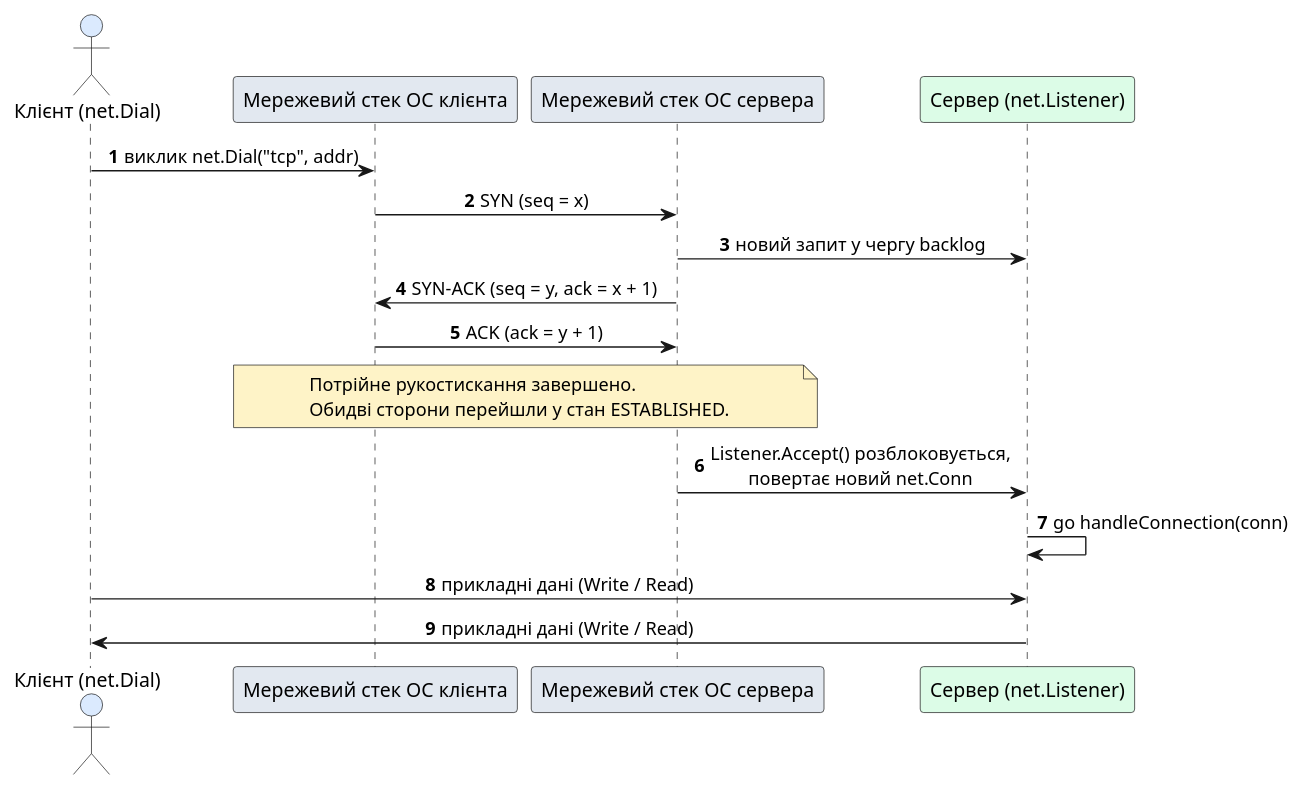
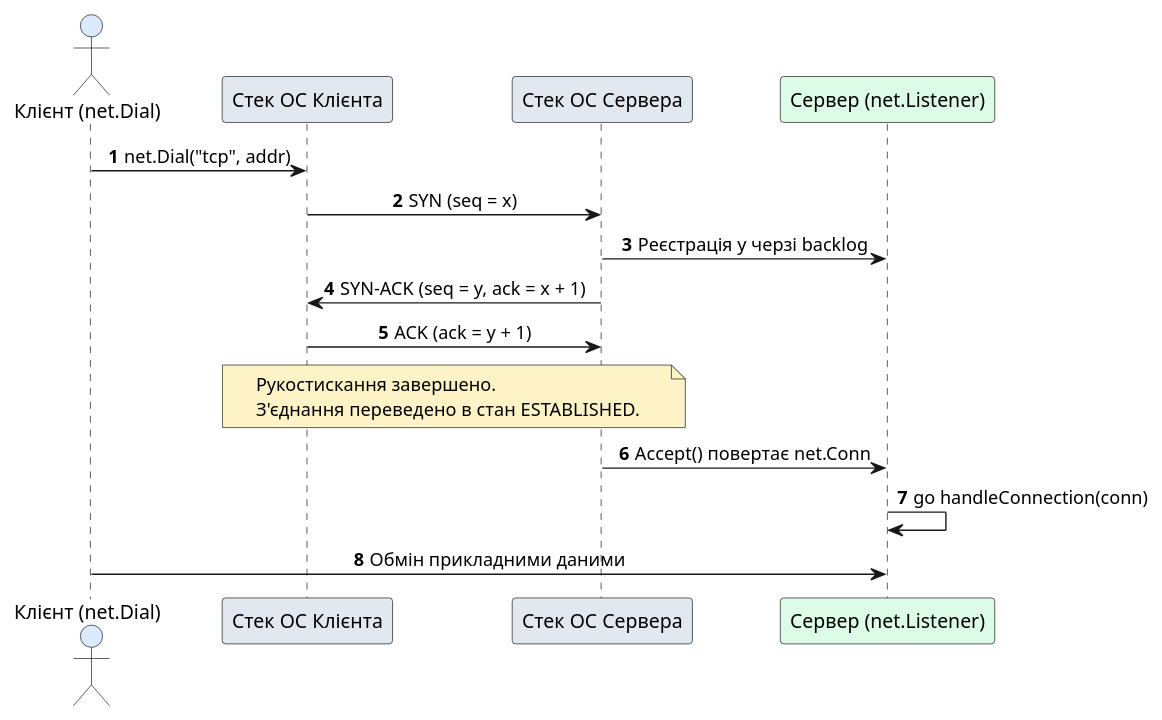
The first of 3 diagrams in content/17.client-server-architecture/04.tcp-socket-programming.md (arakviel/kostyl.dev), drawn with PlantUML before and after one commit. The commit also changed other lines of this file and 5 other files, not shown here.

````diff
--- a/content/17.client-server-architecture/04.tcp-socket-programming.md
+++ b/content/17.client-server-architecture/04.tcp-socket-programming.md
@@ -166,29 +228,28 @@
 ```plantuml
 @startuml
 skinparam style plain
 autonumber
 skinparam backgroundColor #FFFFFF
 skinparam sequenceMessageAlign center
 
 actor "Клієнт (net.Dial)" as Client #DBEAFE
-participant "Мережевий стек ОС клієнта" as ClientStack #E2E8F0
-participant "Мережевий стек ОС сервера" as ServerStack #E2E8F0
+participant "Стек ОС Клієнта" as CStack #E2E8F0
+participant "Стек ОС Сервера" as SStack #E2E8F0
 participant "Сервер (net.Listener)" as Server #DCFCE7
 
-Client -> ClientStack : виклик net.Dial("tcp", addr)
-ClientStack -> ServerStack : SYN (seq = x)
-ServerStack -> Server : новий запит у чергу backlog
-ServerStack -> ClientStack : SYN-ACK (seq = y, ack = x + 1)
-ClientStack -> ServerStack : ACK (ack = y + 1)
+Client -> CStack : net.Dial("tcp", addr)
+CStack -> SStack : SYN (seq = x)
+SStack -> Server : Реєстрація у черзі backlog
+SStack -> CStack : SYN-ACK (seq = y, ack = x + 1)
+CStack -> SStack : ACK (ack = y + 1)
 
-note over ClientStack, ServerStack #FEF3C7
-  Потрійне рукостискання завершено.
-  Обидві сторони перейшли у стан ESTABLISHED.
+note over CStack, SStack #FEF3C7
+  Рукостискання завершено.
+  З'єднання переведено в стан ESTABLISHED.
 end note
 
-ServerStack -> Server : Listener.Accept() розблоковується,\nповертає новий net.Conn
+SStack -> Server : Accept() повертає net.Conn
 Server -> Server : go handleConnection(conn)
-Client -> Server : прикладні дані (Write / Read)
-Server -> Client : прикладні дані (Write / Read)
+Client -> Server : Обмін прикладними даними
 @enduml
 ```
````
